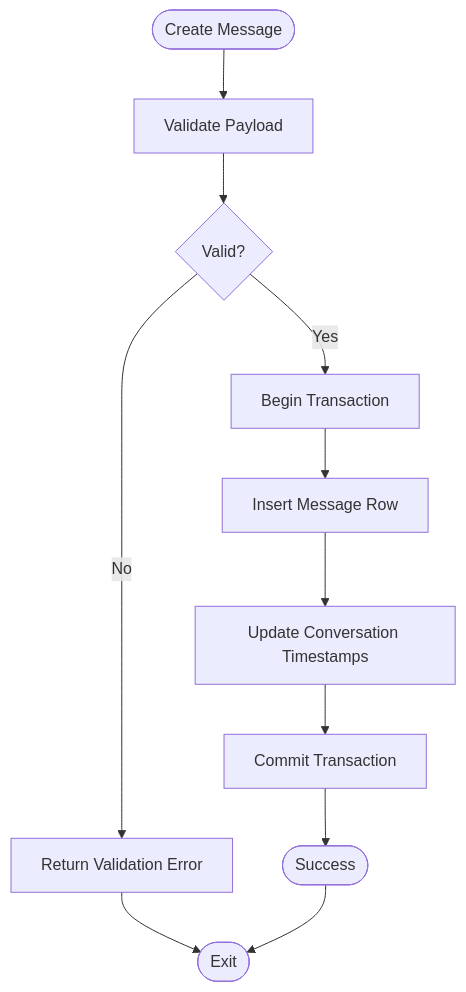
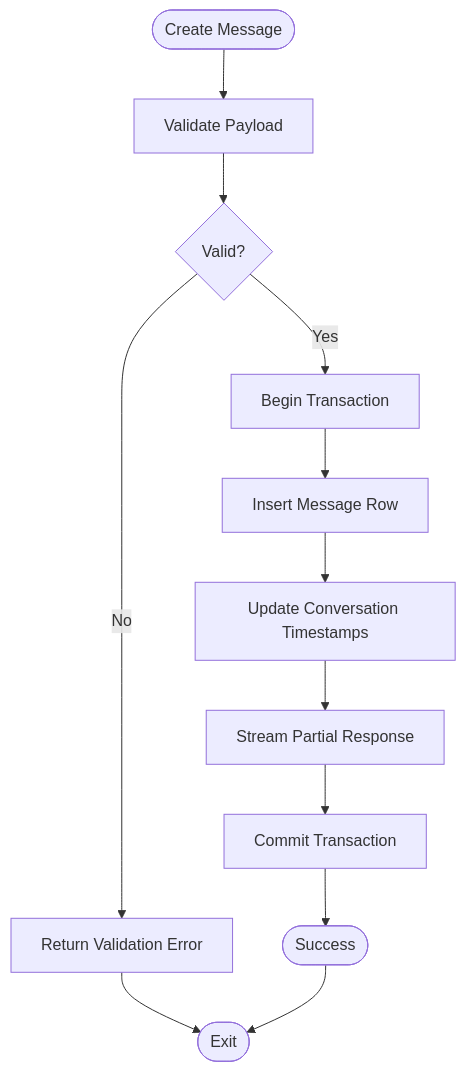
The sixth of 10 diagrams in .qoder/repowiki/en/content/Backend Architecture/Backend Architecture.md (HassanAmeer/cheaprouter), drawn with Mermaid before and after one commit. The commit also changed other lines of this file and 54 other files, not shown here.

````diff
--- a/.qoder/repowiki/en/content/Backend Architecture/Backend Architecture.md
+++ b/.qoder/repowiki/en/content/Backend Architecture/Backend Architecture.md
@@ -203,13 +249,14 @@
 ```mermaid
 flowchart TD
 Start(["Create Message"]) --> Validate["Validate Payload"]
 Validate --> Valid{"Valid?"}
 Valid --> |No| Error["Return Validation Error"]
 Valid --> |Yes| BeginTx["Begin Transaction"]
 BeginTx --> InsertMsg["Insert Message Row"]
 InsertMsg --> UpdateConv["Update Conversation Timestamps"]
-UpdateConv --> Commit["Commit Transaction"]
+UpdateConv --> Stream["Stream Partial Response"]
+Stream --> Commit["Commit Transaction"]
 Commit --> Success(["Success"])
 Error --> End(["Exit"])
 Success --> End
 ```
````
